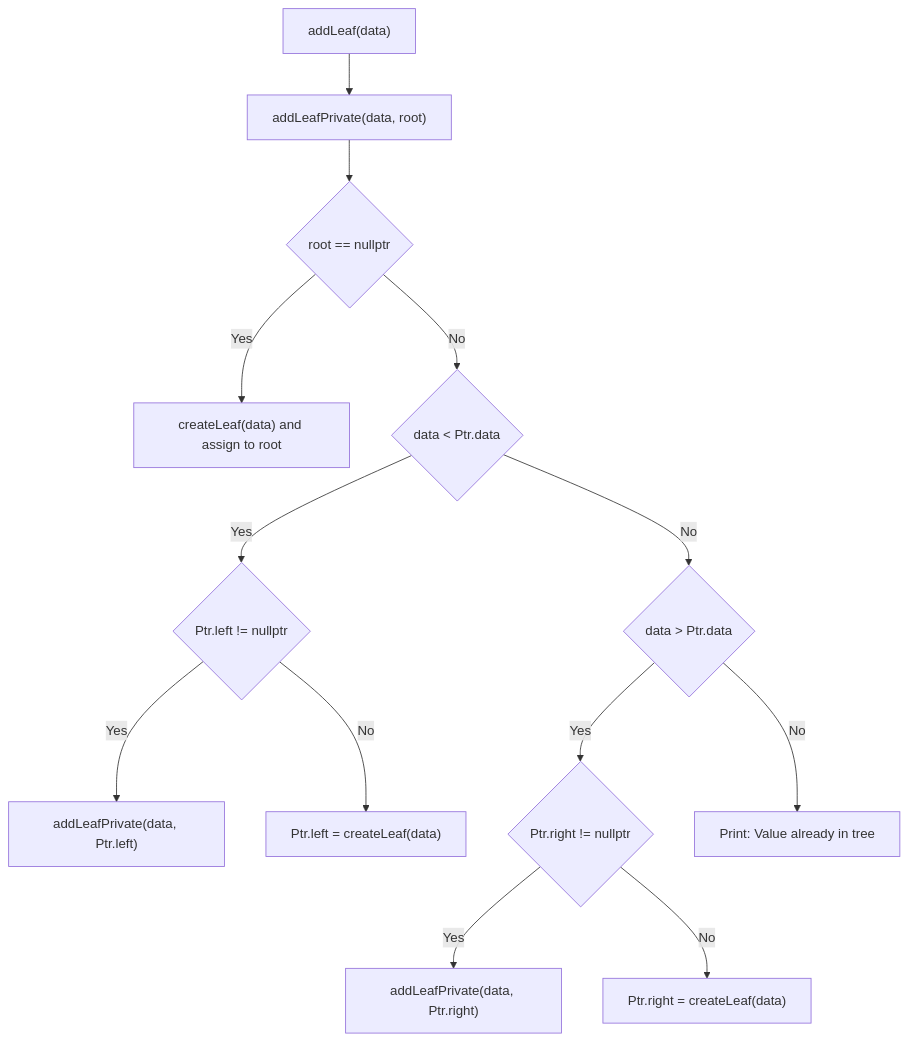
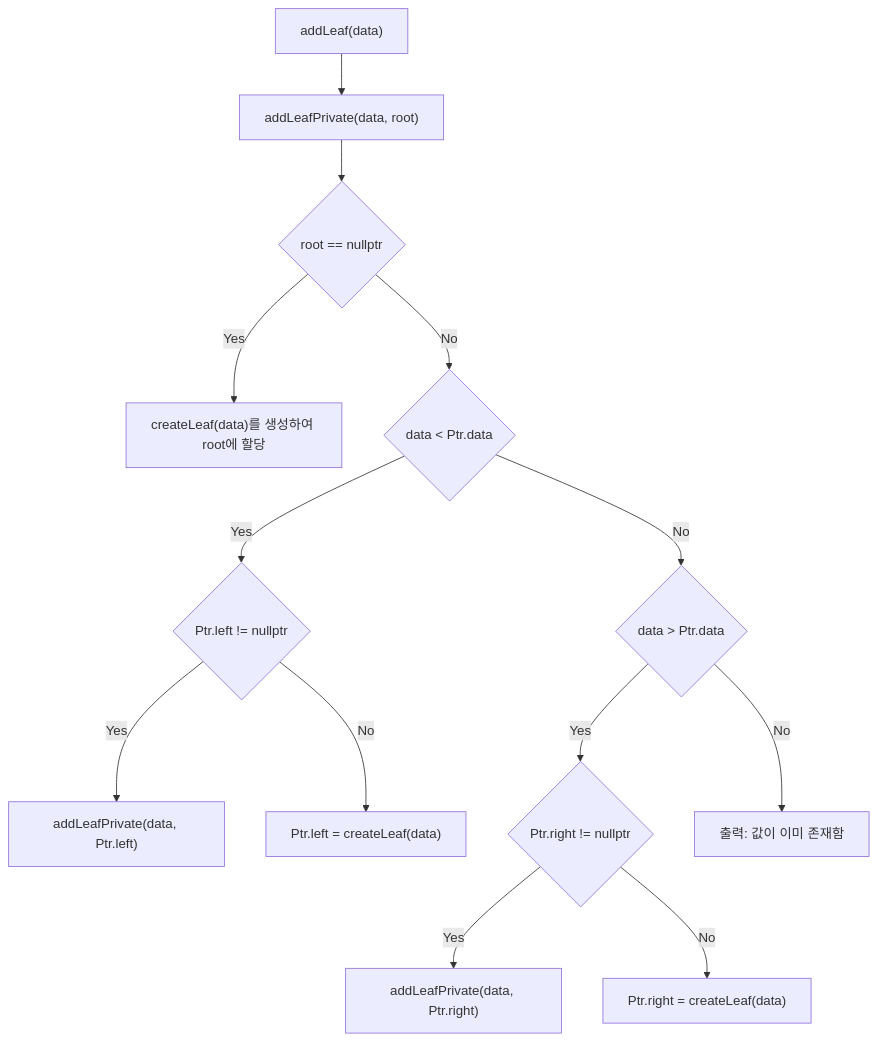
Before and after one commit to kyungsikjeung/cpptutorial: the second of 4 diagrams in BinarySearchTree02/README.MD, drawn with Mermaid. The commit also changed other lines of this file, not shown here.

````diff
--- a/BinarySearchTree02/README.MD
+++ b/BinarySearchTree02/README.MD
@@ -47,15 +49,15 @@
 ```mermaid
 flowchart TD
     A["addLeaf(data)"] --> B["addLeafPrivate(data, root)"]
     B --> C{"root == nullptr"}
-    C -- "Yes" --> D["createLeaf(data) and assign to root"]
+    C -- "Yes" --> D["createLeaf(data)를 생성하여 root에 할당"]
     C -- "No" --> E{"data < Ptr.data"}
     E -- "Yes" --> F{"Ptr.left != nullptr"}
     F -- "Yes" --> G["addLeafPrivate(data, Ptr.left)"]
     F -- "No" --> H["Ptr.left = createLeaf(data)"]
     E -- "No" --> I{"data > Ptr.data"}
     I -- "Yes" --> J{"Ptr.right != nullptr"}
     J -- "Yes" --> K["addLeafPrivate(data, Ptr.right)"]
     J -- "No" --> L["Ptr.right = createLeaf(data)"]
-    I -- "No" --> M["Print: Value already in tree"]
+    I -- "No" --> M["출력: 값이 이미 존재함"]
 ```
````
